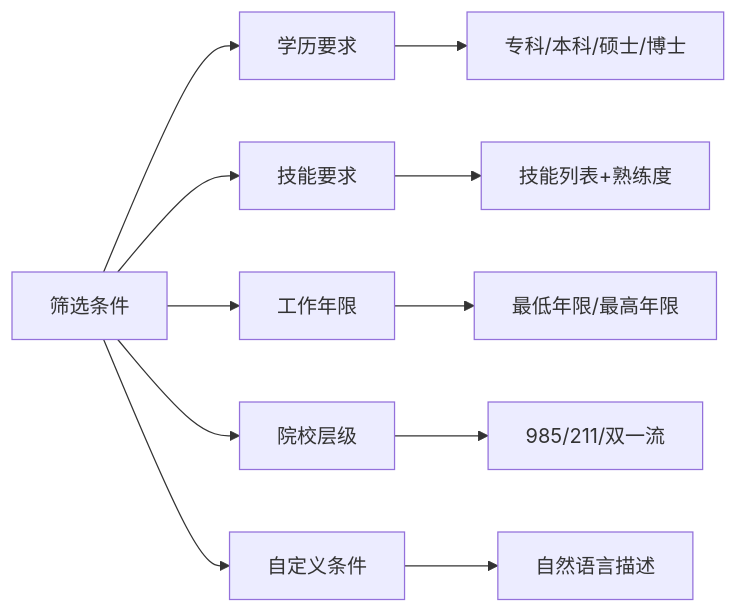
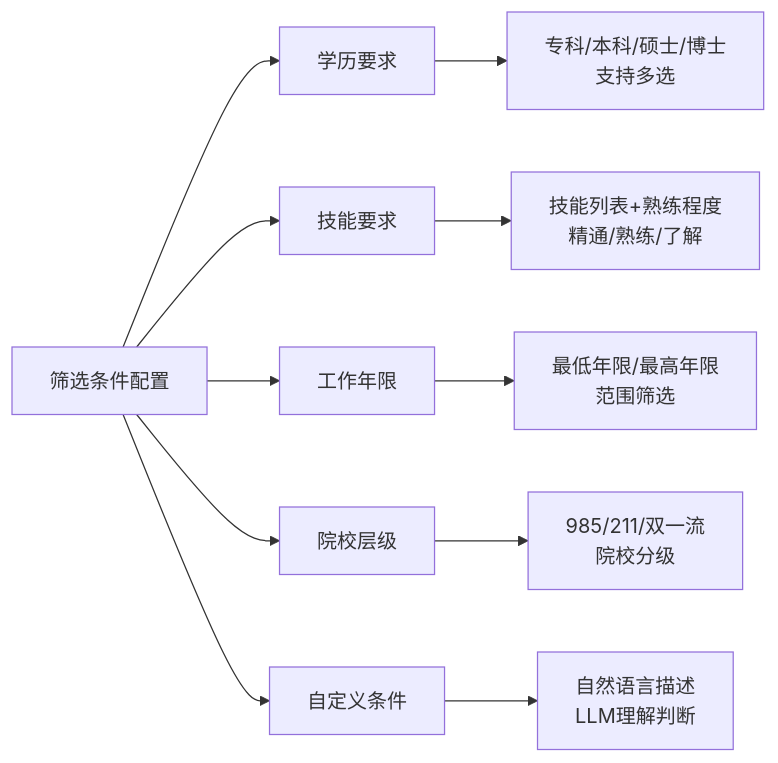
Before and after one commit to xt765/ResumeScreening: the ninth of 14 diagrams in README.md, drawn with Mermaid. The commit also changed other lines of this file and 2 other files, not shown here.

First line of the commit message:
docs: README添加详细文字讲解，实现图文并茂

````diff
--- a/README.md
+++ b/README.md
@@ -307,14 +496,14 @@
 ```mermaid
 graph LR
-    A[筛选条件] --> B[学历要求]
+    A[筛选条件配置] --> B[学历要求]
     A --> C[技能要求]
     A --> D[工作年限]
     A --> E[院校层级]
     A --> F[自定义条件]
     
-    B --> B1[专科/本科/硕士/博士]
-    C --> C1[技能列表+熟练度]
-    D --> D1[最低年限/最高年限]
-    E --> E1[985/211/双一流]
-    F --> F1[自然语言描述]
+    B --> B1[专科/本科/硕士/博士<br/>支持多选]
+    C --> C1[技能列表+熟练程度<br/>精通/熟练/了解]
+    D --> D1[最低年限/最高年限<br/>范围筛选]
+    E --> E1[985/211/双一流<br/>院校分级]
+    F --> F1[自然语言描述<br/>LLM理解判断]
 ```
````
